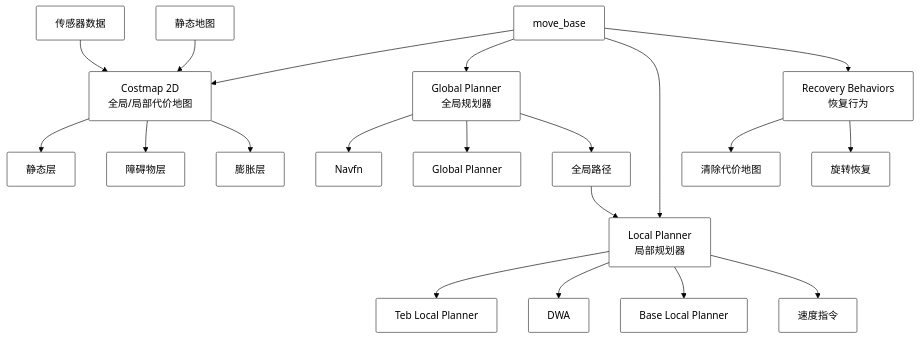
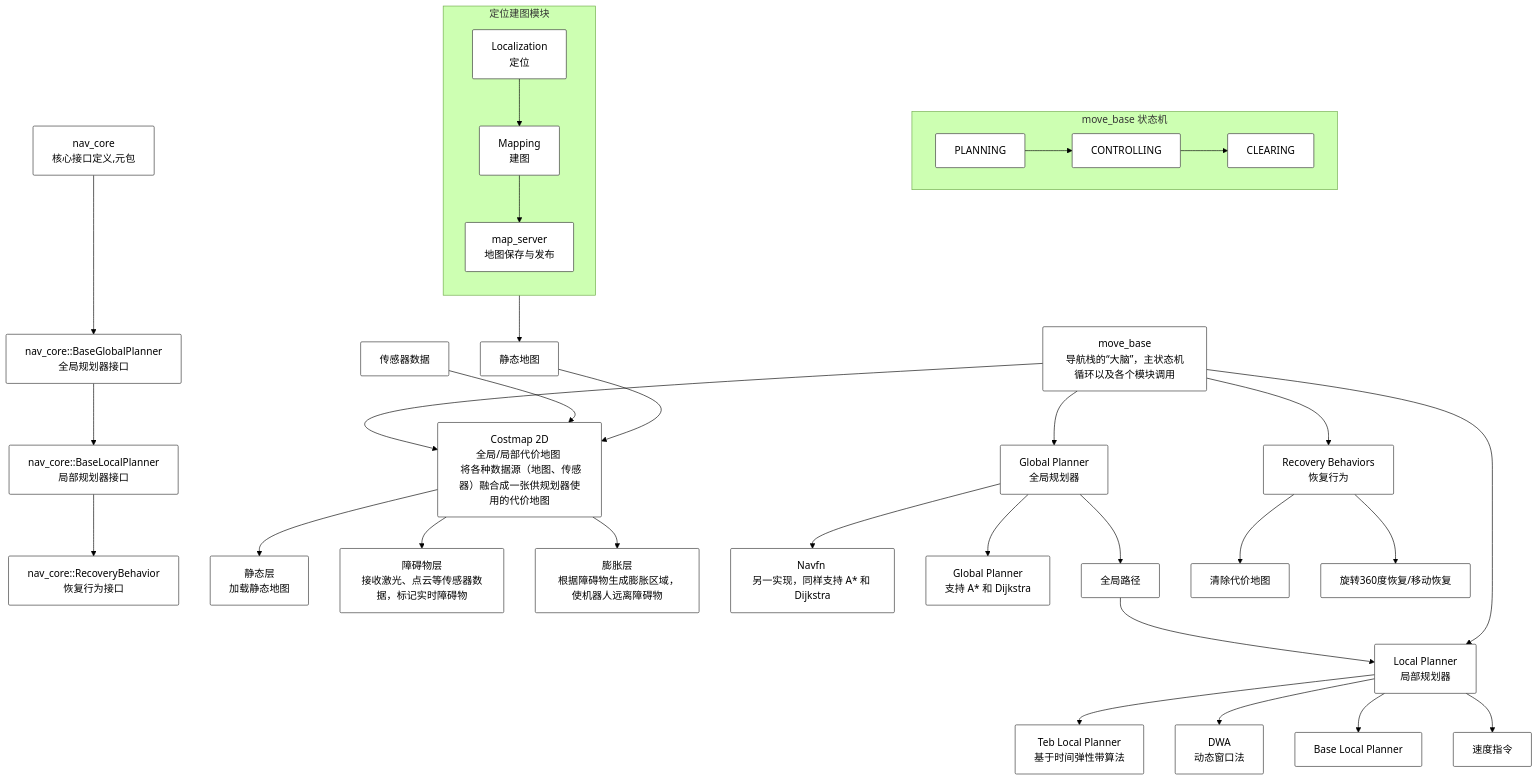
One commit to KwanWaiPang/KwanWaiPang.github.io changed the diagram in _posts/2026-01-28-谈谈ROS导航.md. Above: the diagram before and after it, drawn with Mermaid (forest theme).

Commit message:
更新修改后的图片

```diff
--- a/_posts/2026-01-28-谈谈ROS导航.md
+++ b/_posts/2026-01-28-谈谈ROS导航.md
@@ -23,37 +23,62 @@
 <div class="mermaid" style="display: flex; justify-content: center; width: 90%; margin: 0 auto;">
 graph TD
-    %% 定义全局样式类：透明背景、黑边、黑字
-    %% 注意采用了直接定义默认样式，无需手动 class 应用
+    %% 定义全局样式类
     classDef default fill:#fff,stroke:#333,stroke-width:1px,color:#000,rx:2,ry:2;
-    %% Main Node
-    move_base[move_base]
 
-    %% Costmap Section
-    move_base --> Costmap2D[Costmap 2D<br/>全局/局部代价地图]
+    %% --- 状态机描述（横向排列） ---
+    subgraph SM [move_base 状态机]
+        direction LR
+        PLANNING[PLANNING] --> CONTROLLING[CONTROLLING] --> CLEARING[CLEARING]
+    end
+
+    %% --- 其他依赖 ---
+    nav_core[nav_core<br> 核心接口定义,元包]
+    nav_core --> base_global_planner[nav_core::BaseGlobalPlanner<br>全局规划器接口]
+    base_global_planner --> base_local_planner[nav_core::BaseLocalPlanner<br>局部规划器接口]
+    base_local_planner --> recovery_behavior[nav_core::RecoveryBehavior<br>恢复行为接口]
+
+    %% --- Main Node ---
+    %% 将状态机子图逻辑上置于 move_base 之上
+    %% SM --- move_base
+    %% 使用不可见连线强制 SM 在 move_base 上方
+    SM ~~~ move_base
+
+
+    subgraph SLAM [定位建图模块]
+        direction TB
+        Localization[Localization<br/>定位] --> Mapping[Mapping<br/>建图] --> map_server[map_server<br/>地图保存与发布]
+    end
+
+    Mapping-->StaticMap
+
+    move_base[move_base<br>导航栈的“大脑”，主状态机循环以及各个模块调用]
+
+    %% --- Costmap Section ---
+    move_base --> Costmap2D[Costmap 2D<br/>全局/局部代价地图 <br> 将各种数据源（地图、传感器）融合成一张供规划器使用的代价地图]
     SensorData[传感器数据] --> Costmap2D
     StaticMap[静态地图] --> Costmap2D
     
-    Costmap2D --> StaticLayer[静态层]
-    Costmap2D --> ObstacleLayer[障碍物层]
-    Costmap2D --> InflationLayer[膨胀层]
+    Costmap2D --> StaticLayer[静态层<br>加载静态地图]
+    Costmap2D --> ObstacleLayer[障碍物层<br>接收激光、点云等传感器数据，标记实时障碍物]
+    Costmap2D --> InflationLayer[膨胀层<br> 根据障碍物生成膨胀区域，使机器人远离障碍物]
 
-    %% Global Planner Section
+    %% --- Global Planner Section ---
     move_base --> GlobalPlannerMain[Global Planner<br/>全局规划器]
-    GlobalPlannerMain --> Navfn[Navfn]
-    GlobalPlannerMain --> GlobalPlannerSub[Global Planner]
+    GlobalPlannerMain --> Navfn[Navfn <br>另一实现，同样支持 A* 和 Dijkstra]
+    GlobalPlannerMain --> GlobalPlannerSub[Global Planner <br>支持 A* 和 Dijkstra ]
     GlobalPlannerMain --> GlobalPath[全局路径]
 
-    %% Local Planner Section
+    %% --- Local Planner Section ---
     GlobalPath --> LocalPlannerMain[Local Planner<br/>局部规划器]
     move_base --> LocalPlannerMain
     
-    LocalPlannerMain --> TebLocalPlanner[Teb Local Planner]
-    LocalPlannerMain --> DWA[DWA]
+    LocalPlannerMain --> TebLocalPlanner[Teb Local Planner <br> 基于时间弹性带算法]
+    LocalPlannerMain --> DWA[DWA <br> 动态窗口法]
     LocalPlannerMain --> BaseLocalPlanner[Base Local Planner]
     LocalPlannerMain --> VelocityCommand[速度指令]
 
-    %% Recovery Behaviors Section
+    %% --- Recovery Behaviors Section ---
     move_base --> RecoveryBehaviors[Recovery Behaviors<br/>恢复行为]
     RecoveryBehaviors --> ClearCostmap[清除代价地图]
-    RecoveryBehaviors --> RotateRecovery[旋转恢复]
+    RecoveryBehaviors --> RotateRecovery[旋转360度恢复/移动恢复]
 </div>
```
